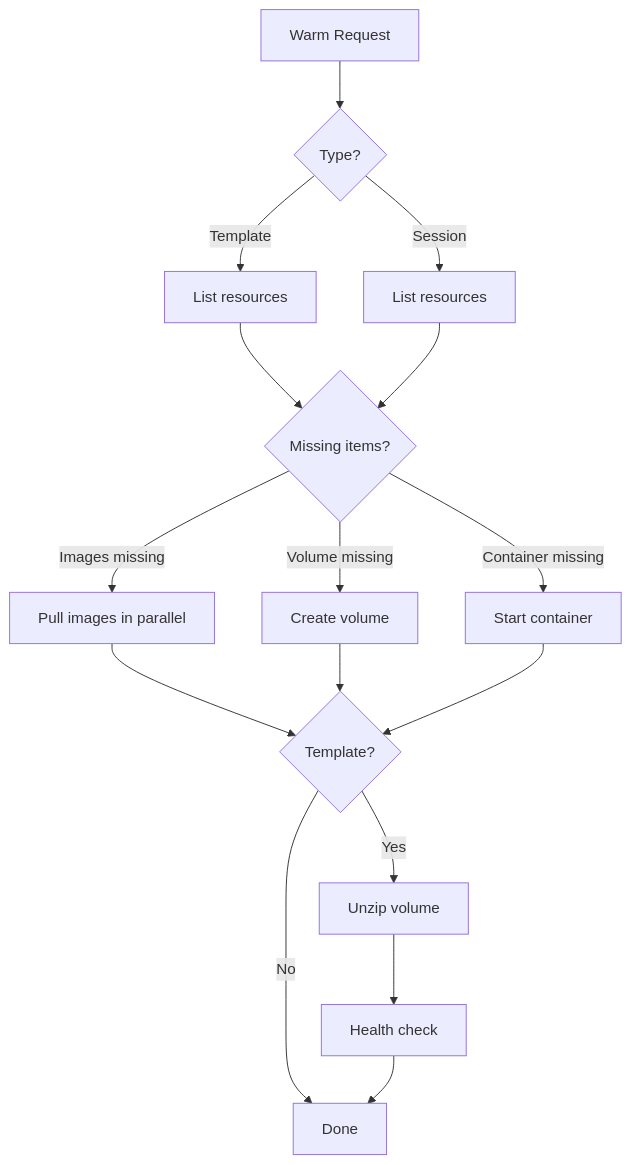
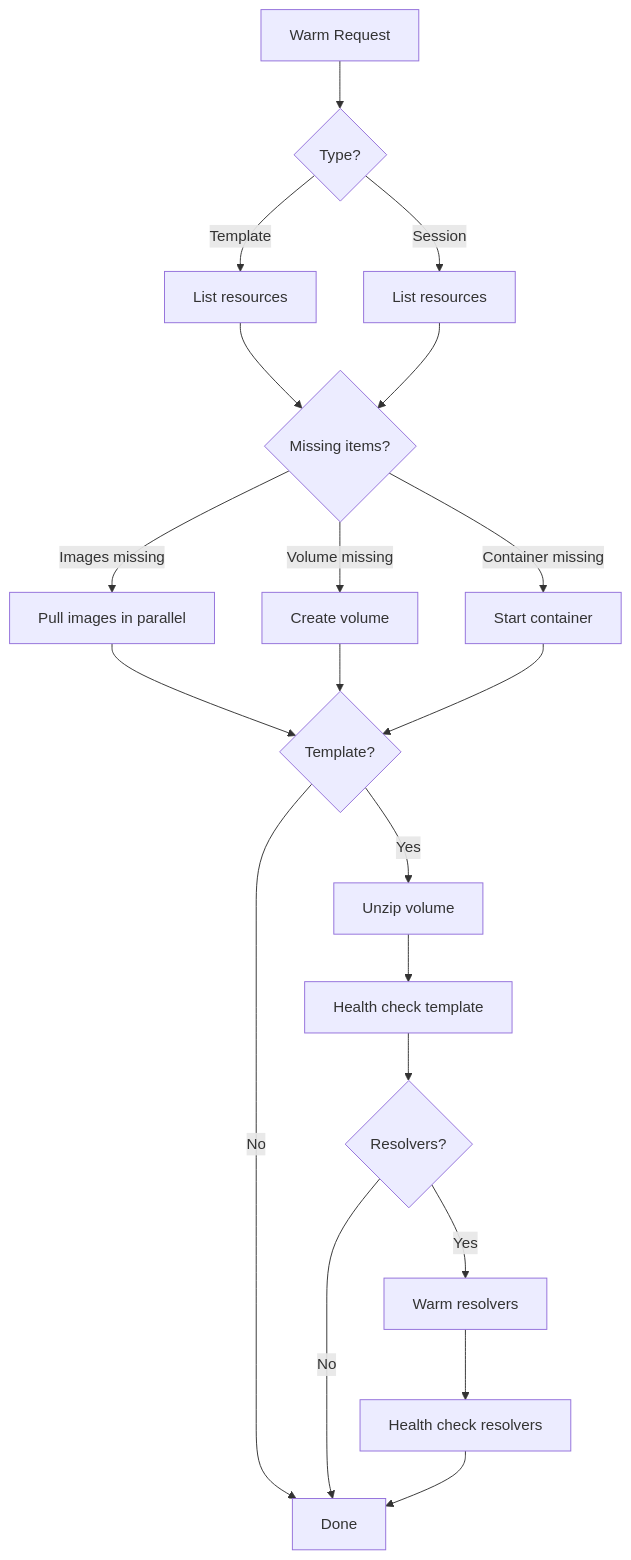
The first of 2 diagrams in docs/developer/features/07-warming-system.md (AtomiCloud/sulfone.boron), drawn with Mermaid before and after one commit. The commit also changed other lines of this file and 9 other files, not shown here.

````diff
--- a/docs/developer/features/07-warming-system.md
+++ b/docs/developer/features/07-warming-system.md
@@ -28,22 +29,26 @@
 ```mermaid
 flowchart TD
     A[Warm Request] --> B{Type?}
     B -->|Template| C[List resources]
     B -->|Session| D[List resources]
 
     C --> E{Missing items?}
     D --> E
 
     E -->|Images missing| F[Pull images in parallel]
     E -->|Volume missing| G[Create volume]
     E -->|Container missing| H[Start container]
 
     F --> I{Template?}
     G --> I
     H --> I
 
     I -->|Yes| J[Unzip volume]
     I -->|No| K[Done]
-    J --> L[Health check]
-    L --> K
+    J --> L[Health check template]
+    L --> M{Resolvers?}
+    M -->|Yes| N[Warm resolvers]
+    M -->|No| K
+    N --> O[Health check resolvers]
+    O --> K
 ```
````
